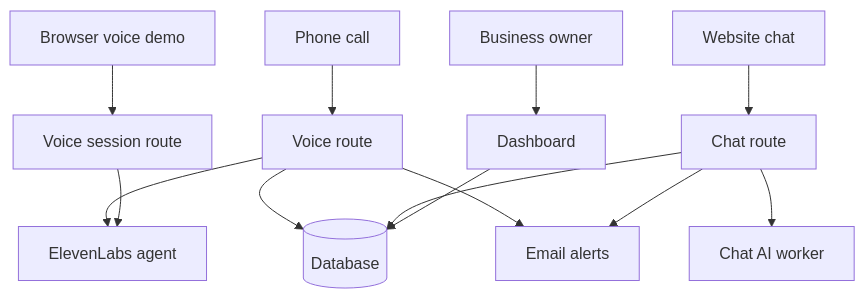
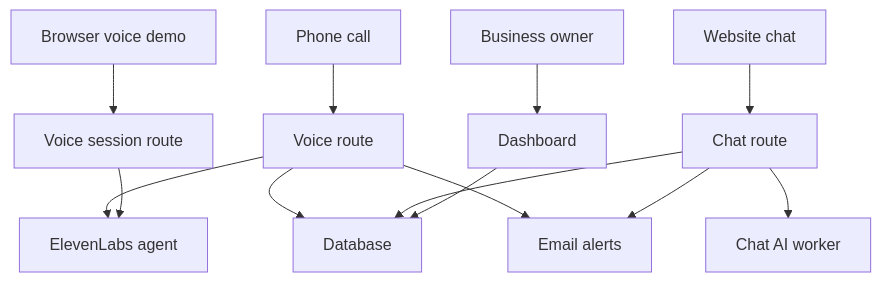
Before and after one commit to arsalmurad/ai-receptionist-installer: the diagram in README.md, drawn with Mermaid.

Commit message:
Fix Architecture diagram not rendering on GitHub
The mermaid flowchart validated fine locally with the official
mermaid CLI, but GitHub's renderer failed on it with "Unable to
render rich display" and no console error to explain why. Removed
the one non-rectangle node shape (the database cylinder) and the
blank lines used for visual grouping inside the block, since those
are the two least-common constructs in the diagram and the most
likely candidates for a renderer-specific gap. Same nodes and edges,
same meaning.

````diff
--- a/README.md
+++ b/README.md
@@ -167,34 +167,27 @@
 ```mermaid
 flowchart TD
     A[Phone call]
     B[Website chat]
     C[Browser voice demo]
     D[Business owner]
-
     E[Voice route]
     F[Chat route]
     G[Voice session route]
     H[Dashboard]
-
-    I[(Database)]
+    I[Database]
     J[ElevenLabs agent]
     K[Chat AI worker]
     L[Email alerts]
-
     A --> E
     B --> F
     C --> G
     D --> H
-
     E --> J
     E --> I
     E --> L
-
     F --> K
     F --> I
     F --> L
-
     G --> J
-
     H --> I
 ```
````
